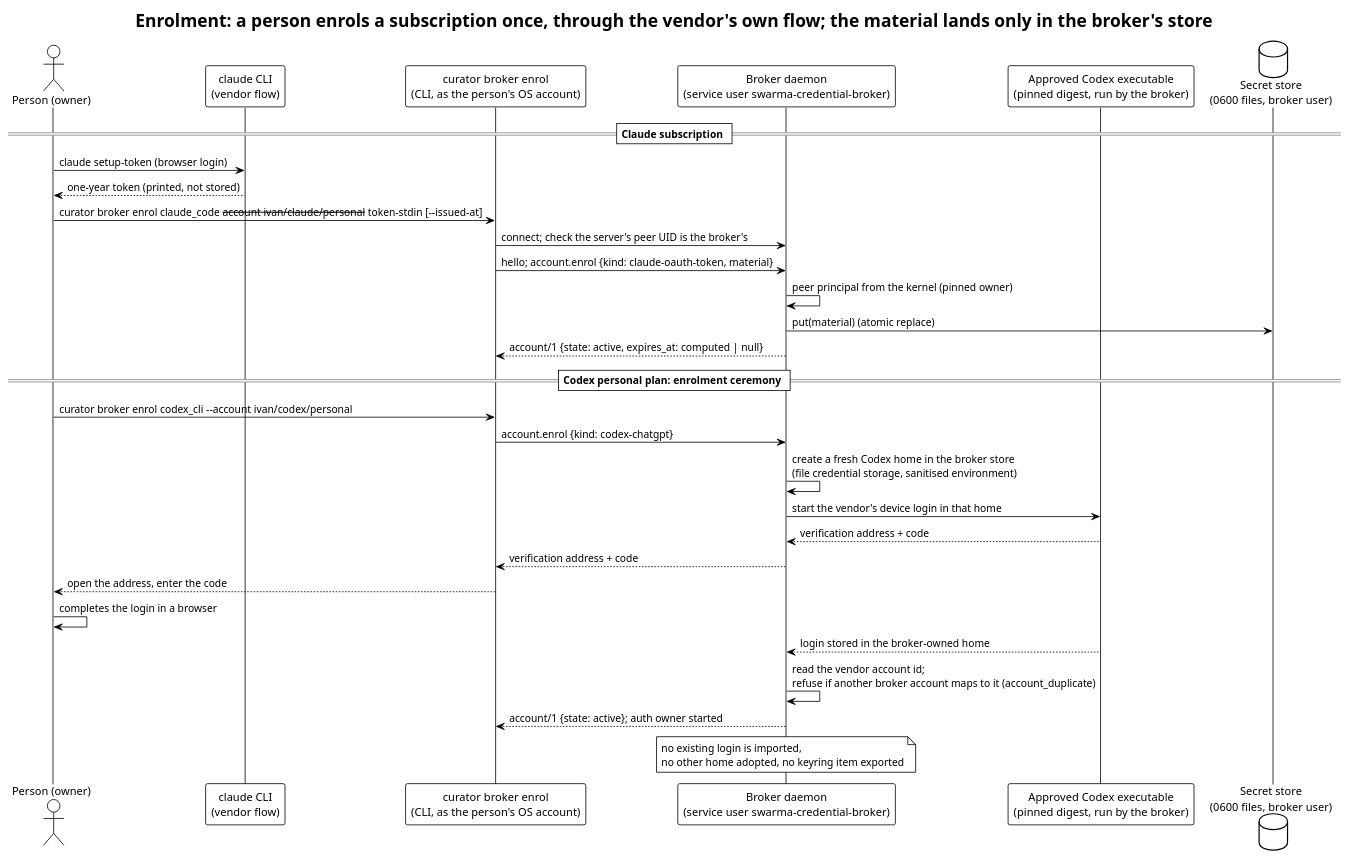
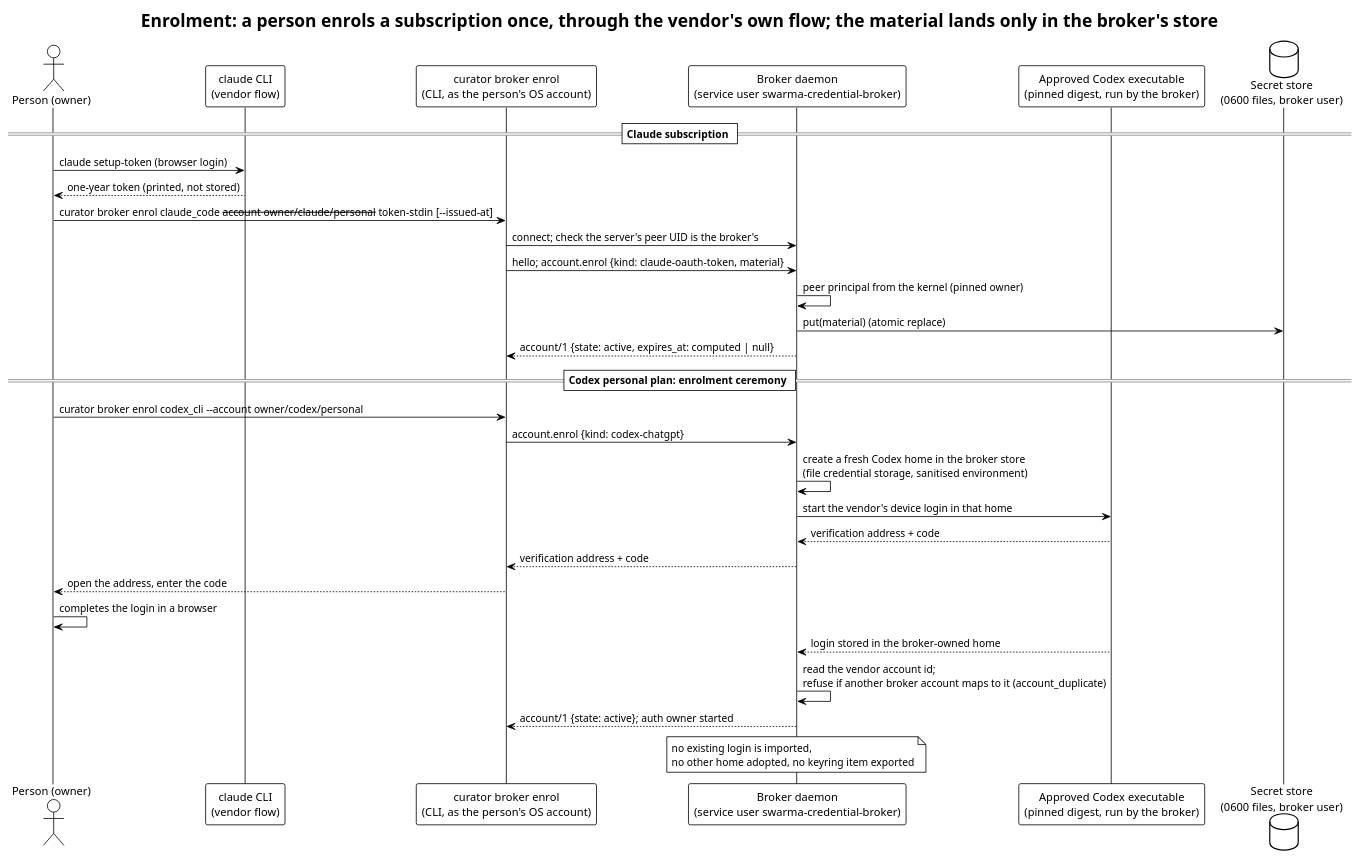
Before and after one commit to relux-works/curator-credential-broker: the diagram in diagrams/enrol.puml, drawn with PlantUML. The commit also changed 6 other files, not shown here.

```diff
--- a/diagrams/enrol.puml
+++ b/diagrams/enrol.puml
@@ -1,35 +1,35 @@
 @startuml enrol
 !theme plain
 title Enrolment: a person enrols a subscription once, through the vendor's own flow; the material lands only in the broker's store
 
 actor "Person (owner)" as P
 participant "claude CLI\n(vendor flow)" as V
 participant "curator broker enrol\n(CLI, as the person's OS account)" as C
 participant "Broker daemon\n(service user swarma-credential-broker)" as B
 participant "Approved Codex executable\n(pinned digest, run by the broker)" as X
 database "Secret store\n(0600 files, broker user)" as S
 
 == Claude subscription ==
 P -> V: claude setup-token (browser login)
 V --> P: one-year token (printed, not stored)
-P -> C: curator broker enrol claude_code --account ivan/claude/personal --token-stdin [--issued-at]
+P -> C: curator broker enrol claude_code --account owner/claude/personal --token-stdin [--issued-at]
 C -> B: connect; check the server's peer UID is the broker's
 C -> B: hello; account.enrol {kind: claude-oauth-token, material}
 B -> B: peer principal from the kernel (pinned owner)
 B -> S: put(material) (atomic replace)
 B --> C: account/1 {state: active, expires_at: computed | null}
 
 == Codex personal plan: enrolment ceremony ==
-P -> C: curator broker enrol codex_cli --account ivan/codex/personal
+P -> C: curator broker enrol codex_cli --account owner/codex/personal
 C -> B: account.enrol {kind: codex-chatgpt}
 B -> B: create a fresh Codex home in the broker store\n(file credential storage, sanitised environment)
 B -> X: start the vendor's device login in that home
 X --> B: verification address + code
 B --> C: verification address + code
 C --> P: open the address, enter the code
 P -> P: completes the login in a browser
 X --> B: login stored in the broker-owned home
 B -> B: read the vendor account id;\nrefuse if another broker account maps to it (account_duplicate)
 B --> C: account/1 {state: active}; auth owner started
 note over B: no existing login is imported,\nno other home adopted, no keyring item exported
 @enduml
```
